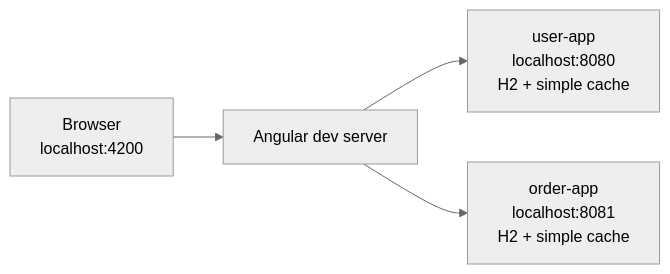
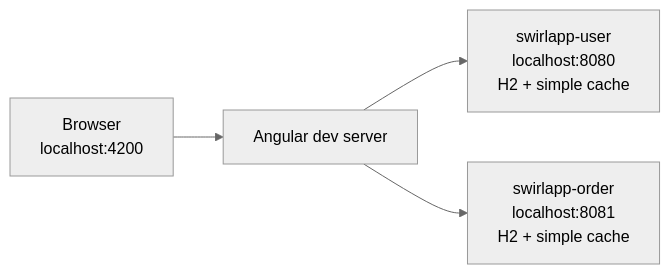
Before and after one commit to chefzaid/devapp: the first of 2 diagrams in docs/development.md, drawn with Mermaid (neutral theme). The commit also changed other lines of this file and 277 other files, not shown here.

````diff
--- a/docs/development.md
+++ b/docs/development.md
@@ -31,6 +31,6 @@
 ```mermaid
 flowchart LR
     browser[Browser\nlocalhost:4200] --> angular[Angular dev server]
-    angular --> user[user-app\nlocalhost:8080\nH2 + simple cache]
-    angular --> order[order-app\nlocalhost:8081\nH2 + simple cache]
+    angular --> user[swirlapp-user\nlocalhost:8080\nH2 + simple cache]
+    angular --> order[swirlapp-order\nlocalhost:8081\nH2 + simple cache]
 ```
````
